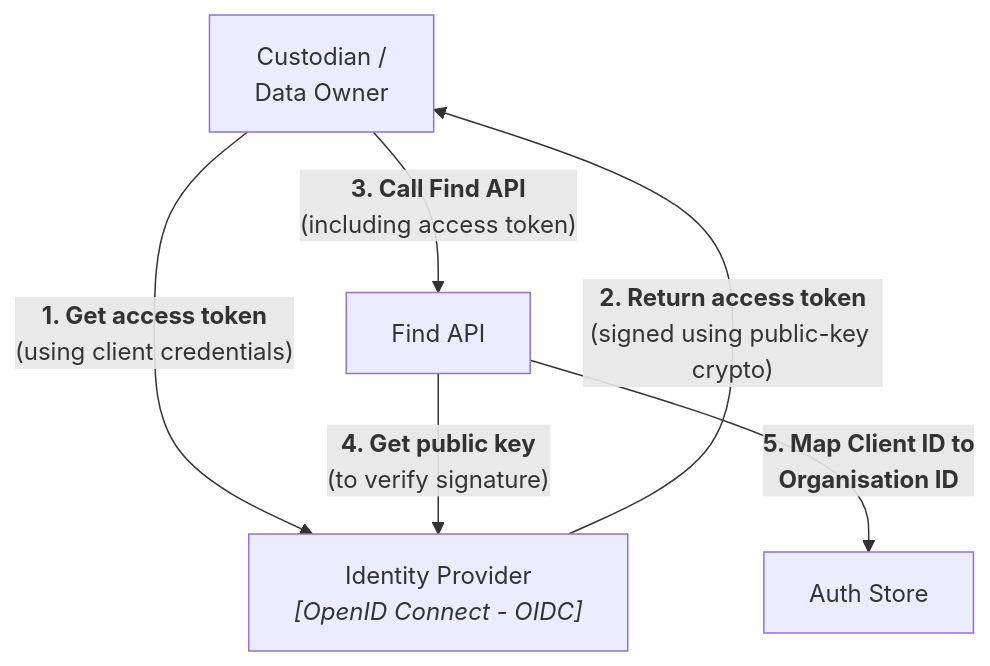
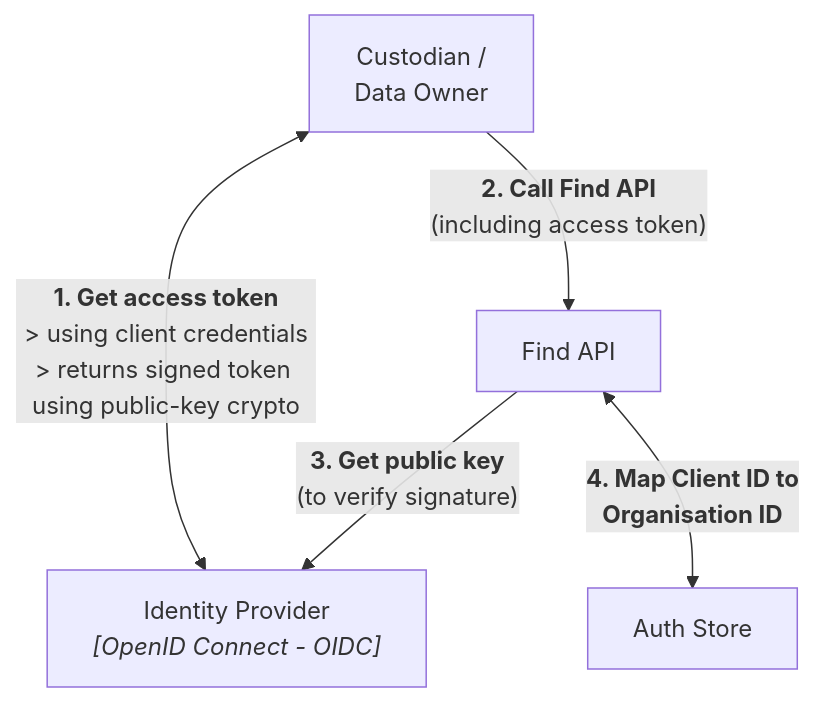
One commit to DFE-Digital/single-unique-identifier changed the first of 3 diagrams in Docs/Design/Authentication/GenericAuthModel.md. Above: the diagram before and after it, drawn with Mermaid.

Commit message:
docs(AuthEvolution): SUI-1607 - improved Target Auth Model diagram

````diff
--- a/Docs/Design/Authentication/GenericAuthModel.md
+++ b/Docs/Design/Authentication/GenericAuthModel.md
@@ -53,23 +53,21 @@
 ```mermaid
 flowchart TB
     custodian[Custodian /\nData Owner]
     idp["`Identity Provider
         _[OpenID Connect - OIDC]_`"]
     find[Find API]
     authStore[Auth Store]
 
-    custodian --> |"`**1. Get access token**
-        (using client credentials)`"| idp
+    custodian <--> |"`**1. Get access token**
+        > using client credentials
+        > returns signed token using public-key crypto`"| idp
 
-    idp --> |"`**2. Return access token**
-        (signed using public-key crypto)`"| custodian
-
-    custodian --> |"`**3. Call Find API**
+    custodian --> |"`**2. Call Find API**
         (including access token)`"| find
 
-    find --> |"`**4. Get public key**
+    find --> |"`**3. Get public key**
         (to verify signature)`"| idp
 
-    find --> |"`**5. Map Client ID to
+    find <--> |"`**4. Map Client ID to
         Organisation ID**`"| authStore
 ```
````
